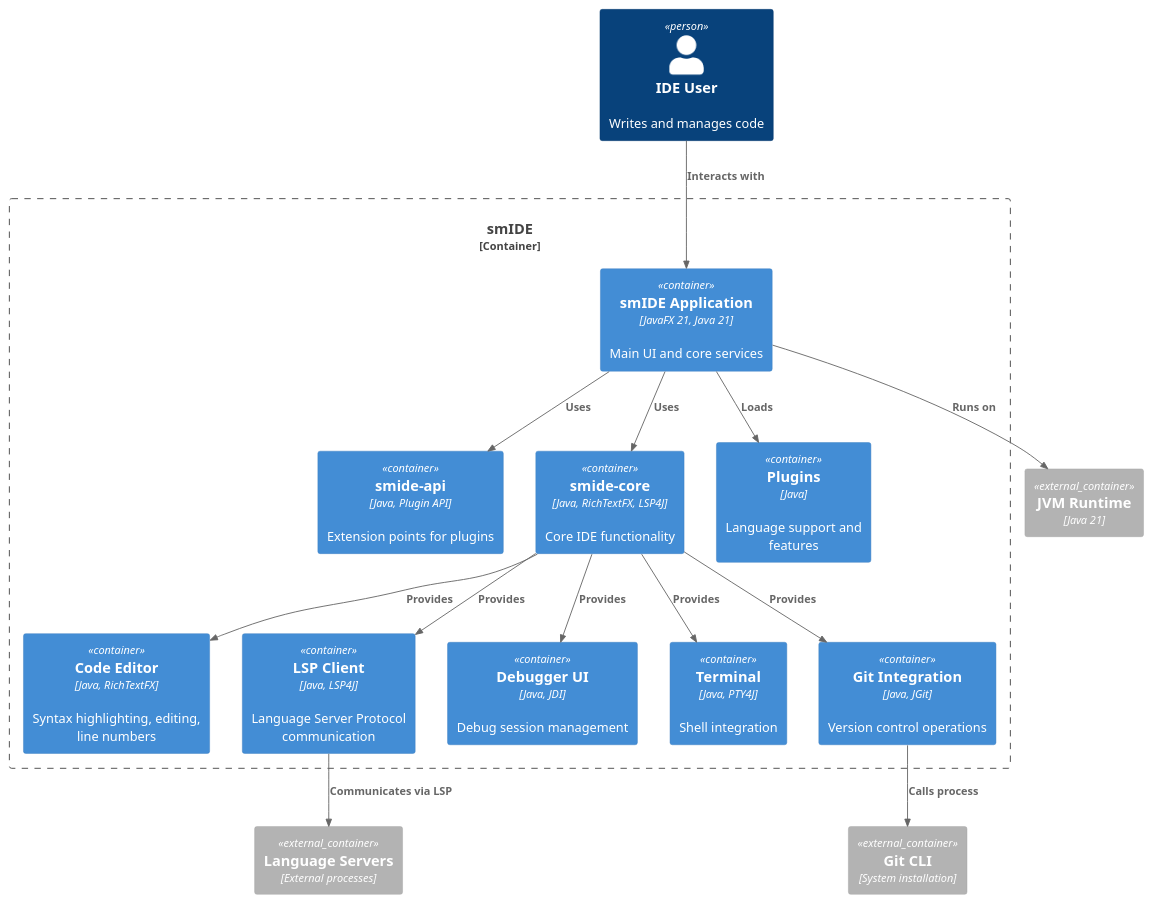
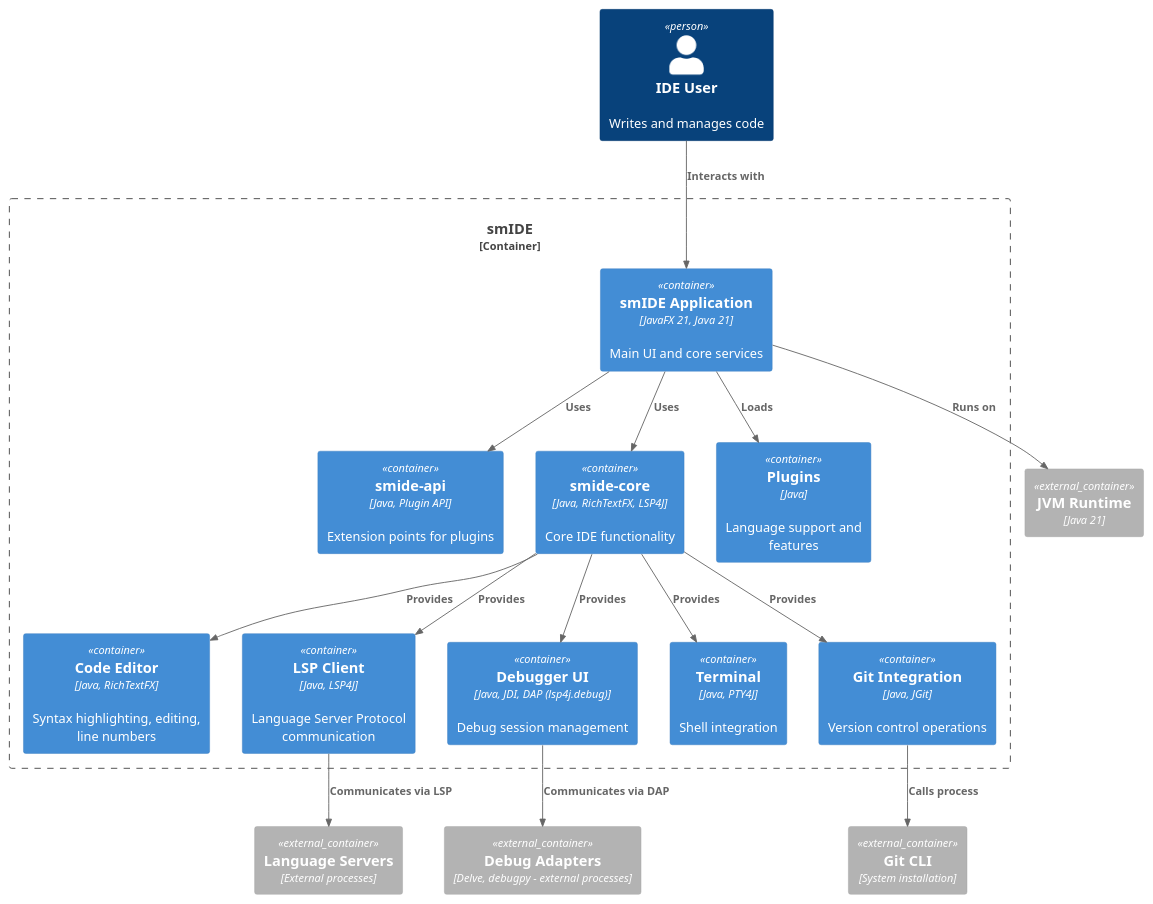
One commit to mainul35/smIDE changed the second of 9 diagrams in docs/arc42.md. Above: the diagram before and after it, drawn with PlantUML. The commit also changed other lines of this file and 3 other files, not shown here.

````diff
--- a/docs/arc42.md
+++ b/docs/arc42.md
@@ -73,39 +73,41 @@
 ```plantuml
 @startuml C4_Container
 
 !include <C4/C4_Container>
 
 Person(user, "IDE User", "Writes and manages code")
 
 Container_Boundary(smide_boundary, "smIDE") {
     Container(smide_app, "smIDE Application", "JavaFX 21, Java 21", "Main UI and core services")
     Container(smide_api, "smide-api", "Java, Plugin API", "Extension points for plugins")
     Container(smide_core, "smide-core", "Java, RichTextFX, LSP4J", "Core IDE functionality")
     Container(smide_plugins, "Plugins", "Java", "Language support and features")
     
     Container(editor, "Code Editor", "Java, RichTextFX", "Syntax highlighting, editing, line numbers")
     Container(lsp_client, "LSP Client", "Java, LSP4J", "Language Server Protocol communication")
-    Container(debugger, "Debugger UI", "Java, JDI", "Debug session management")
+    Container(debugger, "Debugger UI", "Java, JDI, DAP (lsp4j.debug)", "Debug session management")
     Container(terminal, "Terminal", "Java, PTY4J", "Shell integration")
     Container(git_tool, "Git Integration", "Java, JGit", "Version control operations")
 }
 
 Container_Ext(jvm, "JVM Runtime", "Java 21")
 Container_Ext(language_servers, "Language Servers", "External processes")
+Container_Ext(debug_adapters, "Debug Adapters", "Delve, debugpy - external processes")
 Container_Ext(git, "Git CLI", "System installation")
 
 Rel(user, smide_app, "Interacts with")
 Rel(smide_app, smide_api, "Uses")
 Rel(smide_app, smide_core, "Uses")
 Rel(smide_app, smide_plugins, "Loads")
 Rel(smide_core, editor, "Provides")
 Rel(smide_core, lsp_client, "Provides")
 Rel(smide_core, debugger, "Provides")
 Rel(smide_core, terminal, "Provides")
 Rel(smide_core, git_tool, "Provides")
 Rel(lsp_client, language_servers, "Communicates via LSP")
+Rel(debugger, debug_adapters, "Communicates via DAP")
 Rel(git_tool, git, "Calls process")
 Rel(smide_app, jvm, "Runs on")
 
 @enduml
 ```
````
